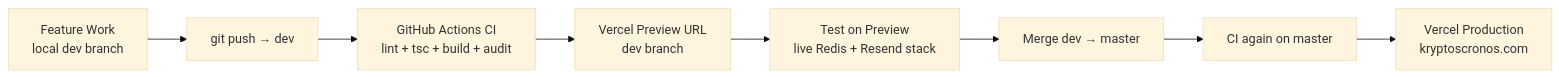
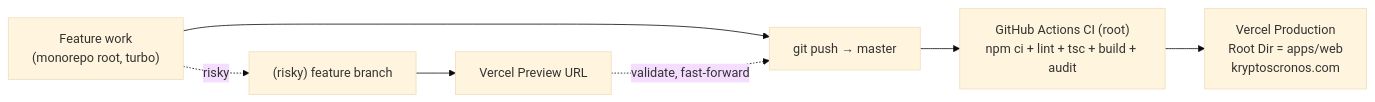
The fourth of 4 diagrams in apps/web/secured-docs/TECHNICAL_DESIGN.md (jjfleetwood/kryptos-cronos), drawn with Mermaid (base theme) before and after one commit. The commit also changed other lines of this file and 3 other files, not shown here.

````diff
--- a/apps/web/secured-docs/TECHNICAL_DESIGN.md
+++ b/apps/web/secured-docs/TECHNICAL_DESIGN.md
@@ -174,19 +189,16 @@
 ```mermaid
 flowchart LR
-    DevWork["Feature Work\nlocal dev branch"]
-    PushDev["git push → dev"]
-    CI["GitHub Actions CI\nlint + tsc + build + audit"]
-    PreviewURL["Vercel Preview URL\ndev branch"]
-    Test["Test on Preview\nlive Redis + Resend stack"]
-    MergePR["Merge dev → master"]
-    CIProd["CI again on master"]
-    ProdDeploy["Vercel Production\nkryptoscronos.com"]
+    DevWork["Feature work\n(monorepo root, turbo)"]
+    PushMaster["git push → master"]
+    CI["GitHub Actions CI (root)\nnpm ci + lint + tsc + build + audit"]
+    ProdDeploy["Vercel Production\nRoot Dir = apps/web\nkryptoscronos.com"]
+    Risky["(risky) feature branch"]
+    PreviewURL["Vercel Preview URL"]
 
-    DevWork --> PushDev
-    PushDev --> CI
-    CI --> PreviewURL
-    PreviewURL --> Test
-    Test --> MergePR
-    MergePR --> CIProd
-    CIProd --> ProdDeploy
+    DevWork --> PushMaster
+    PushMaster --> CI
+    CI --> ProdDeploy
+    DevWork -.risky.-> Risky
+    Risky --> PreviewURL
+    PreviewURL -.validate, fast-forward.-> PushMaster
 ```
````
